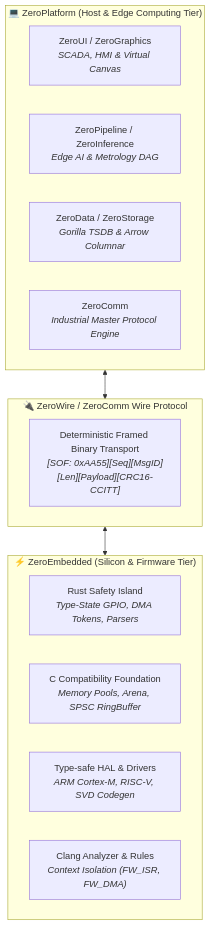
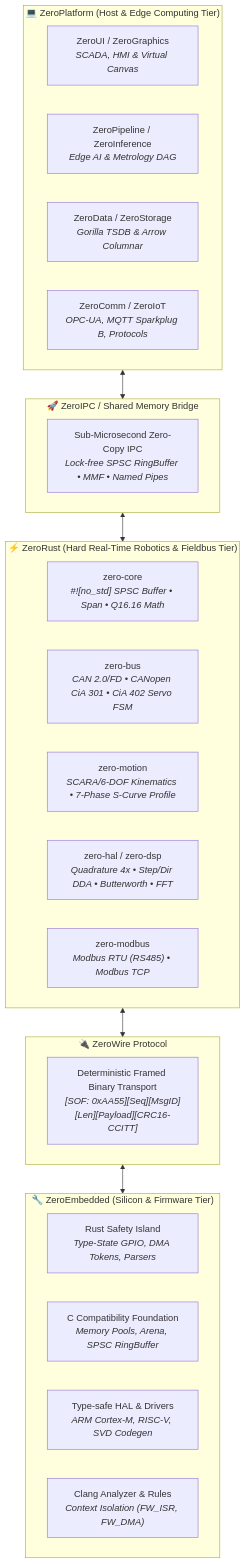
Before and after one commit to kzxl/ZeroUniverse: the diagram in docs/architect/ecosystem-architecture.md, drawn with Mermaid. The commit also changed other lines of this file and 15 other files, not shown here.

Commit message:
feat(architecture): integrate ZeroRust tier and 40-subsystem ZeroPlatform into ZeroUniverse

````diff
--- a/docs/architect/ecosystem-architecture.md
+++ b/docs/architect/ecosystem-architecture.md
@@ -11,24 +11,38 @@
 ```mermaid
 graph TD
     subgraph HostTier ["💻 ZeroPlatform (Host & Edge Computing Tier)"]
         ZP_UI["ZeroUI / ZeroGraphics<br/><i>SCADA, HMI & Virtual Canvas</i>"]
         ZP_Pipe["ZeroPipeline / ZeroInference<br/><i>Edge AI & Metrology DAG</i>"]
         ZP_Data["ZeroData / ZeroStorage<br/><i>Gorilla TSDB & Arrow Columnar</i>"]
-        ZP_Comm["ZeroComm<br/><i>Industrial Master Protocol Engine</i>"]
+        ZP_Comm["ZeroComm / ZeroIoT<br/><i>OPC-UA, MQTT Sparkplug B, Protocols</i>"]
     end
 
-    subgraph WireProtocol ["🔌 ZeroWire / ZeroComm Wire Protocol"]
+    subgraph IpcBridge ["🚀 ZeroIPC / Shared Memory Bridge"]
+        IPC["Sub-Microsecond Zero-Copy IPC<br/><i>Lock-free SPSC RingBuffer • MMF • Named Pipes</i>"]
+    end
+
+    subgraph RustRealtimeTier ["⚡ ZeroRust (Hard Real-Time Robotics & Fieldbus Tier)"]
+        ZR_Core["zero-core<br/><i>#![no_std] SPSC Buffer • Span • Q16.16 Math</i>"]
+        ZR_Bus["zero-bus<br/><i>CAN 2.0/FD • CANopen CiA 301 • CiA 402 Servo FSM</i>"]
+        ZR_Motion["zero-motion<br/><i>SCARA/6-DOF Kinematics • 7-Phase S-Curve Profile</i>"]
+        ZR_Hal["zero-hal / zero-dsp<br/><i>Quadrature 4x • Step/Dir DDA • Butterworth • FFT</i>"]
+        ZR_Modbus["zero-modbus<br/><i>Modbus RTU (RS485) • Modbus TCP</i>"]
+    end
+
+    subgraph WireProtocol ["🔌 ZeroWire Protocol"]
         Wire["Deterministic Framed Binary Transport<br/><i>[SOF: 0xAA55][Seq][MsgID][Len][Payload][CRC16-CCITT]</i>"]
     end
 
-    subgraph FirmwareTier ["⚡ ZeroEmbedded (Silicon & Firmware Tier)"]
+    subgraph FirmwareTier ["🔧 ZeroEmbedded (Silicon & Firmware Tier)"]
         ZE_Rust["Rust Safety Island<br/><i>Type-State GPIO, DMA Tokens, Parsers</i>"]
         ZE_Core["C Compatibility Foundation<br/><i>Memory Pools, Arena, SPSC RingBuffer</i>"]
         ZE_HAL["Type-safe HAL & Drivers<br/><i>ARM Cortex-M, RISC-V, SVD Codegen</i>"]
         ZE_Tooling["Clang Analyzer & Rules<br/><i>Context Isolation (FW_ISR, FW_DMA)</i>"]
     end
 
     %% Flow Connections
-    HostTier <--> WireProtocol
+    HostTier <--> IpcBridge
+    IpcBridge <--> RustRealtimeTier
+    RustRealtimeTier <--> WireProtocol
     WireProtocol <--> FirmwareTier
 ```
````
